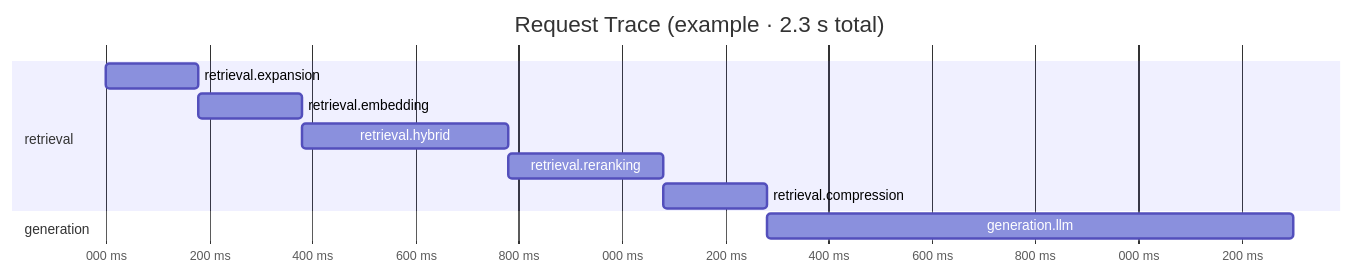
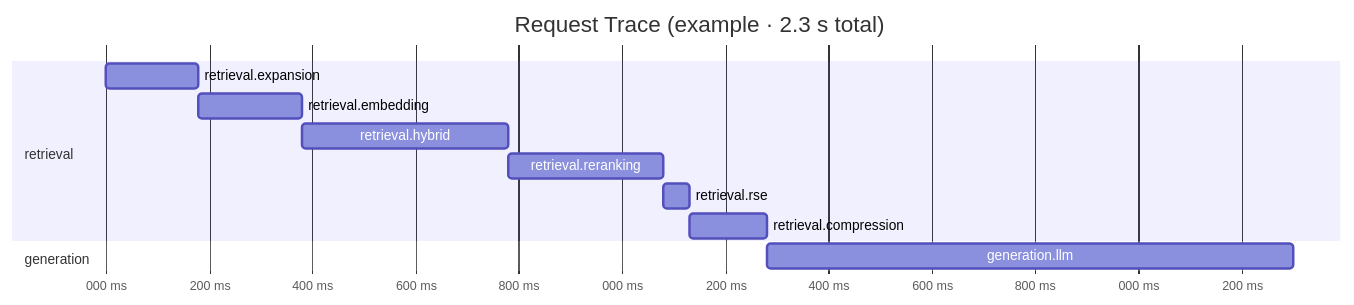
The ninth of 10 diagrams in README.md (ealbertoav/rag_platform), drawn with Mermaid before and after one commit. The commit also changed other lines of this file and 9 other files, not shown here.

First line of the commit message:
feat: add Relevant Segment Extraction (RSE) to retrieval pipeline

````diff
--- a/README.md
+++ b/README.md
@@ -1236,16 +1262,17 @@
 ```mermaid
 gantt
     title Request Trace (example · 2.3 s total)
     dateFormat  x
     axisFormat  %L ms
 
     section retrieval
     retrieval.expansion    :0, 180
     retrieval.embedding    :180, 380
     retrieval.hybrid       :380, 780
     retrieval.reranking    :780, 1080
-    retrieval.compression  :1080, 1280
+    retrieval.rse          :1080, 1130
+    retrieval.compression  :1130, 1280
 
     section generation
     generation.llm         :1280, 2300
 ```
````
